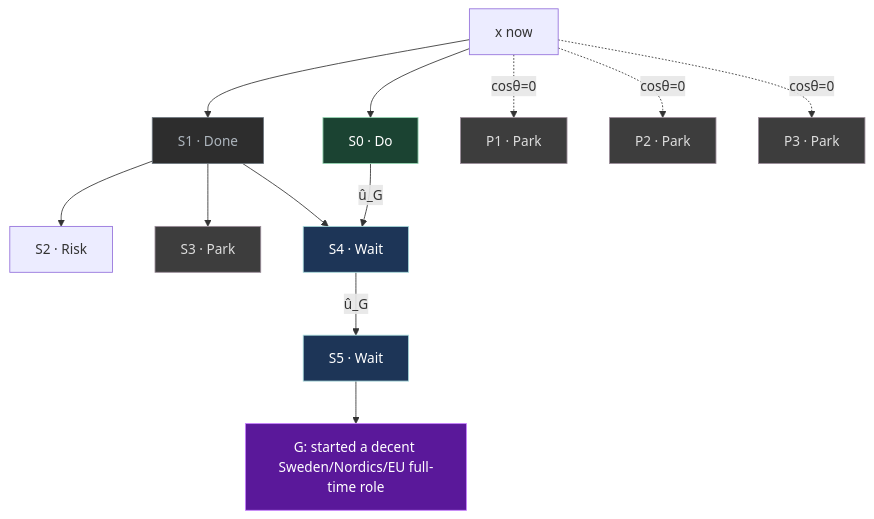
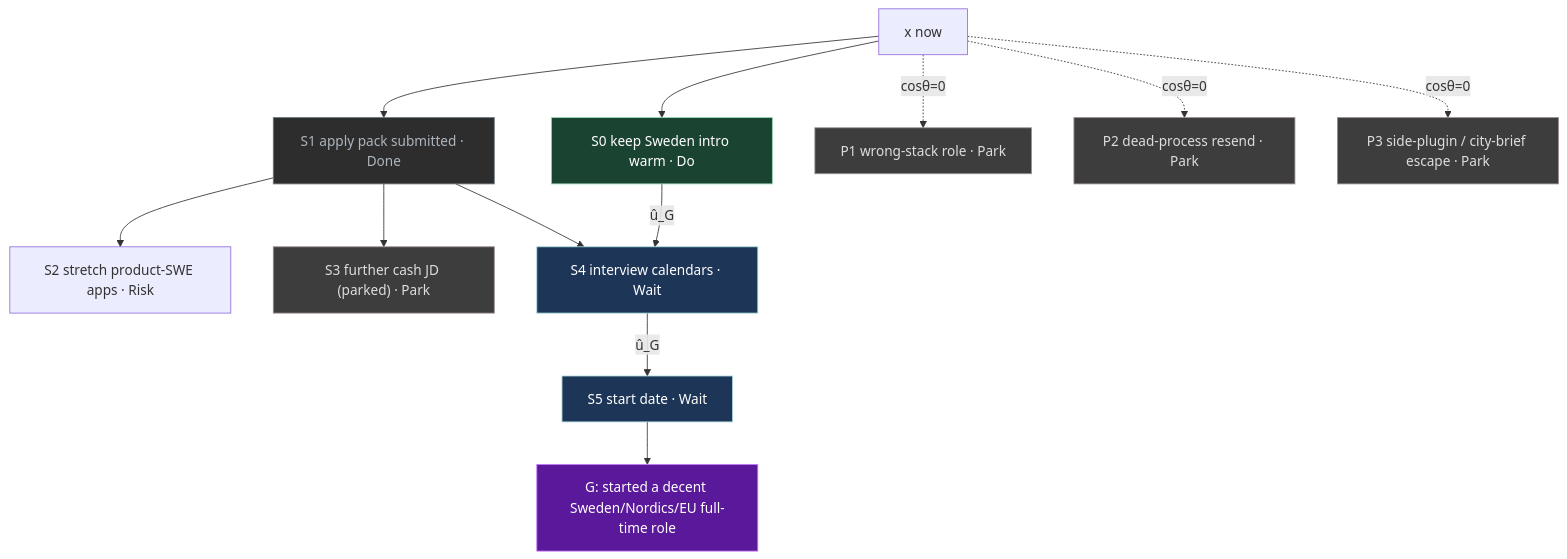
Before and after one commit to p10ns11y/life-os: the diagram in UI/Mission.md, drawn with Mermaid. The commit also changed other lines of this file, not shown here.

First line of the commit message:
docs(ui): label Mission graph ids with public-safe what

````diff
--- a/UI/Mission.md
+++ b/UI/Mission.md
@@ -36,35 +52,35 @@
 ```mermaid
 flowchart TB
   x["x now"]
   G["G: started a decent Sweden/Nordics/EU full-time role"]
-  S0["S0 · Do"]
-  S1["S1 · Done"]
-  S2["S2 · Risk"]
-  S3["S3 · Park"]
-  S4["S4 · Wait"]
-  S5["S5 · Wait"]
-  P1["P1 · Park"]
-  P2["P2 · Park"]
-  P3["P3 · Park"]
+  S0["S0 keep Sweden intro warm · Do"]
+  S1["S1 apply pack submitted · Done"]
+  S2["S2 stretch product-SWE apps · Risk"]
+  S3["S3 further cash JD (parked) · Park"]
+  S4["S4 interview calendars · Wait"]
+  S5["S5 start date · Wait"]
+  P1["P1 wrong-stack role · Park"]
+  P2["P2 dead-process resend · Park"]
+  P3["P3 side-plugin / city-brief escape · Park"]
   x --> S0
   x --> S1
   S1 --> S2
   S1 --> S3
   S0 -->|"û_G"| S4
   S1 --> S4
   S4 -->|"û_G"| S5
   x -.->|"cosθ=0"| P1
   x -.->|"cosθ=0"| P2
   x -.->|"cosθ=0"| P3
   S5 --> G
   classDef do fill:#1b4332,stroke:#95d5b2,color:#fff
   classDef wait fill:#1d3557,stroke:#a8dadc,color:#fff
   classDef park fill:#3d3d3d,stroke:#9a8c98,color:#ddd
   classDef done fill:#2d2d2d,stroke:#6c757d,color:#adb5bd
   classDef goal fill:#5a189a,stroke:#c77dff,color:#fff
   class G goal
   class S0 do
   class S4,S5 wait
   class S3,P1,P2,P3 park
   class S1 done
 ```
````
